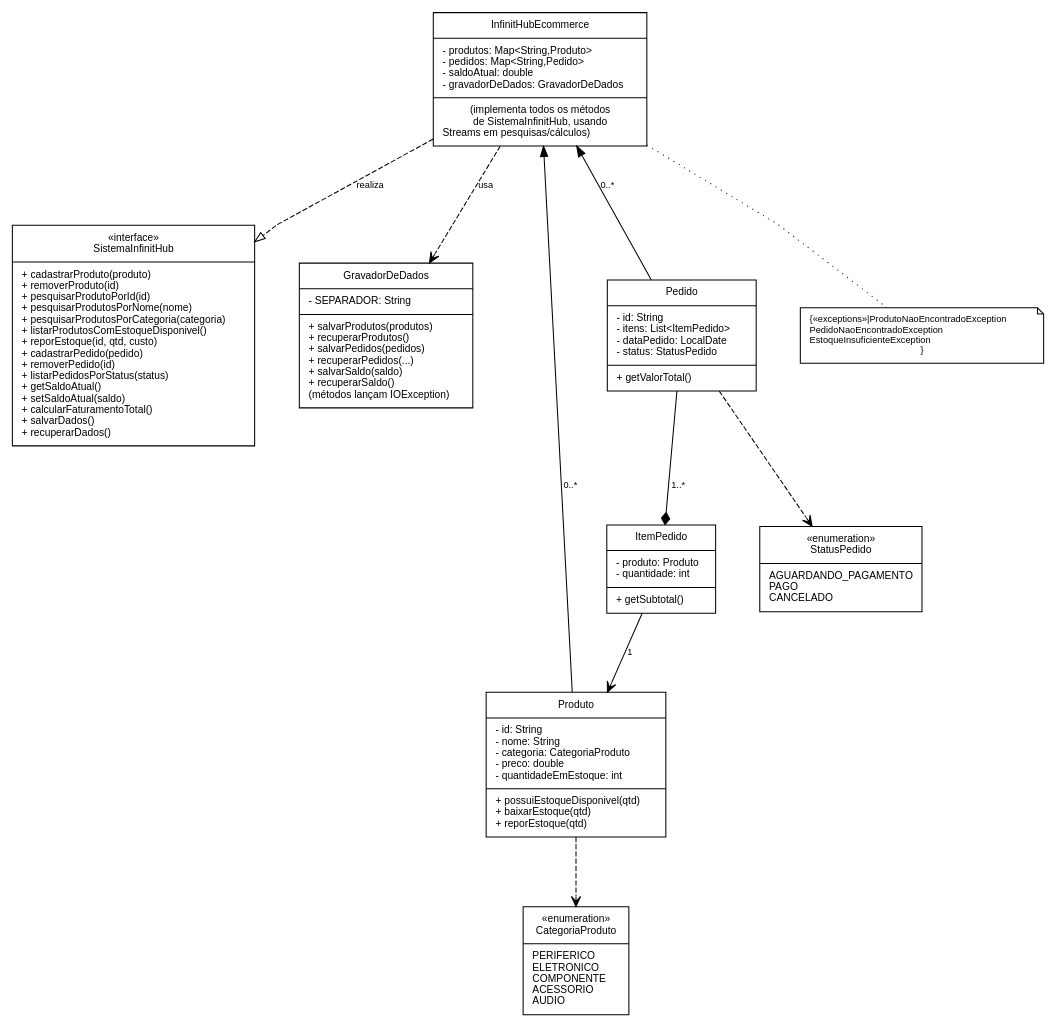
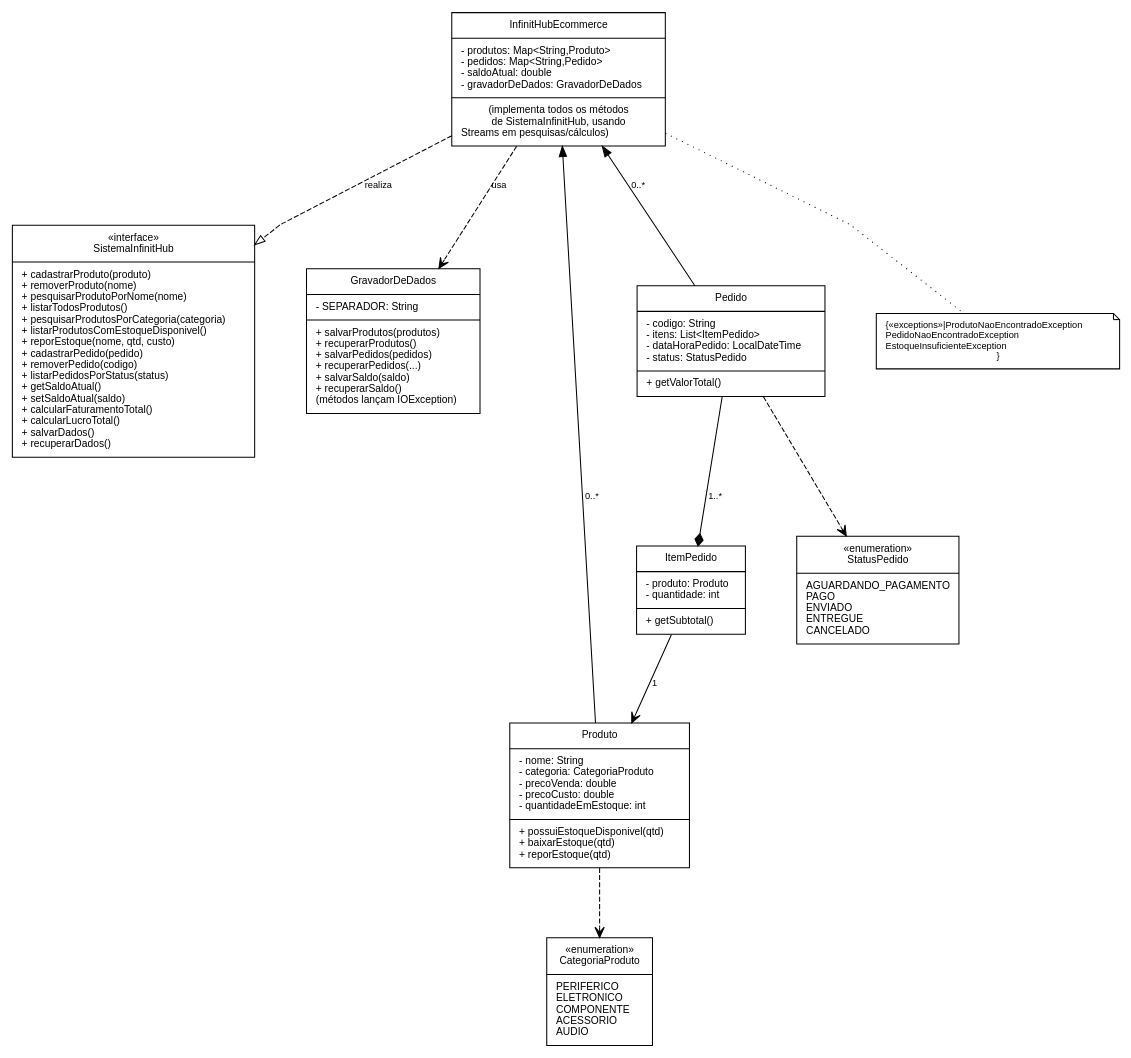
One commit to AbnerMatheus007/GestaoiHub-POO changed the diagram in diagrama-uml.dot. Above: the diagram before and after it, drawn with Graphviz. The commit also changed 8 other files, not shown here.

```diff
--- a/diagrama-uml.dot
+++ b/diagrama-uml.dot
@@ -1,33 +1,33 @@
 digraph InfinitHubUML {
-    graph [fontname="Helvetica", rankdir=TB, splines=polyline, nodesep=0.6, ranksep=0.9, bgcolor="white"];
+    graph [fontname="Helvetica", rankdir=TB, splines=polyline, nodesep=0.7, ranksep=0.9, bgcolor="white"];
     node [shape=record, fontname="Helvetica", fontsize=10, margin="0.12,0.10"];
     edge [fontname="Helvetica", fontsize=9];
 
-    Interface [label="{«interface»\nSistemaInfinitHub|+ cadastrarProduto(produto)\l+ removerProduto(id)\l+ pesquisarProdutoPorId(id)\l+ pesquisarProdutosPorNome(nome)\l+ pesquisarProdutosPorCategoria(categoria)\l+ listarProdutosComEstoqueDisponivel()\l+ reporEstoque(id, qtd, custo)\l+ cadastrarPedido(pedido)\l+ removerPedido(id)\l+ listarPedidosPorStatus(status)\l+ getSaldoAtual()\l+ setSaldoAtual(saldo)\l+ calcularFaturamentoTotal()\l+ salvarDados()\l+ recuperarDados()\l}"];
+    Interface [label="{«interface»\nSistemaInfinitHub|+ cadastrarProduto(produto)\l+ removerProduto(nome)\l+ pesquisarProdutoPorNome(nome)\l+ listarTodosProdutos()\l+ pesquisarProdutosPorCategoria(categoria)\l+ listarProdutosComEstoqueDisponivel()\l+ reporEstoque(nome, qtd, custo)\l+ cadastrarPedido(pedido)\l+ removerPedido(codigo)\l+ listarPedidosPorStatus(status)\l+ getSaldoAtual()\l+ setSaldoAtual(saldo)\l+ calcularFaturamentoTotal()\l+ calcularLucroTotal()\l+ salvarDados()\l+ recuperarDados()\l}"];
 
     Impl [label="{InfinitHubEcommerce|- produtos: Map\<String,Produto\>\l- pedidos: Map\<String,Pedido\>\l- saldoAtual: double\l- gravadorDeDados: GravadorDeDados\l|(implementa todos os métodos\nde SistemaInfinitHub, usando\nStreams em pesquisas/cálculos)\l}"];
 
     Gravador [label="{GravadorDeDados|- SEPARADOR: String\l|+ salvarProdutos(produtos)\l+ recuperarProdutos()\l+ salvarPedidos(pedidos)\l+ recuperarPedidos(...)\l+ salvarSaldo(saldo)\l+ recuperarSaldo()\l(métodos lançam IOException)\l}"];
 
-    Produto [label="{Produto|- id: String\l- nome: String\l- categoria: CategoriaProduto\l- preco: double\l- quantidadeEmEstoque: int\l|+ possuiEstoqueDisponivel(qtd)\l+ baixarEstoque(qtd)\l+ reporEstoque(qtd)\l}"];
+    Produto [label="{Produto|- nome: String\l- categoria: CategoriaProduto\l- precoVenda: double\l- precoCusto: double\l- quantidadeEmEstoque: int\l|+ possuiEstoqueDisponivel(qtd)\l+ baixarEstoque(qtd)\l+ reporEstoque(qtd)\l}"];
 
     ItemPedido [label="{ItemPedido|- produto: Produto\l- quantidade: int\l|+ getSubtotal()\l}"];
 
-    Pedido [label="{Pedido|- id: String\l- itens: List\<ItemPedido\>\l- dataPedido: LocalDate\l- status: StatusPedido\l|+ getValorTotal()\l}"];
+    Pedido [label="{Pedido|- codigo: String\l- itens: List\<ItemPedido\>\l- dataHoraPedido: LocalDateTime\l- status: StatusPedido\l|+ getValorTotal()\l}"];
 
     CategoriaProduto [label="{«enumeration»\nCategoriaProduto|PERIFERICO\lELETRONICO\lCOMPONENTE\lACESSORIO\lAUDIO\l}"];
 
-    StatusPedido [label="{«enumeration»\nStatusPedido|AGUARDANDO_PAGAMENTO\lPAGO\lCANCELADO\l}"];
+    StatusPedido [label="{«enumeration»\nStatusPedido|AGUARDANDO_PAGAMENTO\lPAGO\lENVIADO\lENTREGUE\lCANCELADO\l}"];
 
     Excecoes [label="{«exceptions»|ProdutoNaoEncontradoException\lPedidoNaoEncontradoException\lEstoqueInsuficienteException\l}", shape=note, fontsize=9];
 
     Impl -> Interface [arrowhead=empty, style=dashed, label="realiza"];
     Impl -> Gravador [arrowhead=vee, style=dashed, label="usa"];
     Impl -> Produto [arrowhead=diamond, label="0..*", dir=back];
     Impl -> Pedido [arrowhead=diamond, label="0..*", dir=back];
     Pedido -> ItemPedido [arrowhead=diamond, label="1..*"];
     ItemPedido -> Produto [arrowhead=vee, label="1"];
     Produto -> CategoriaProduto [arrowhead=vee, style=dashed];
     Pedido -> StatusPedido [arrowhead=vee, style=dashed];
     Impl -> Excecoes [style=dotted, arrowhead=none];
 }
```
